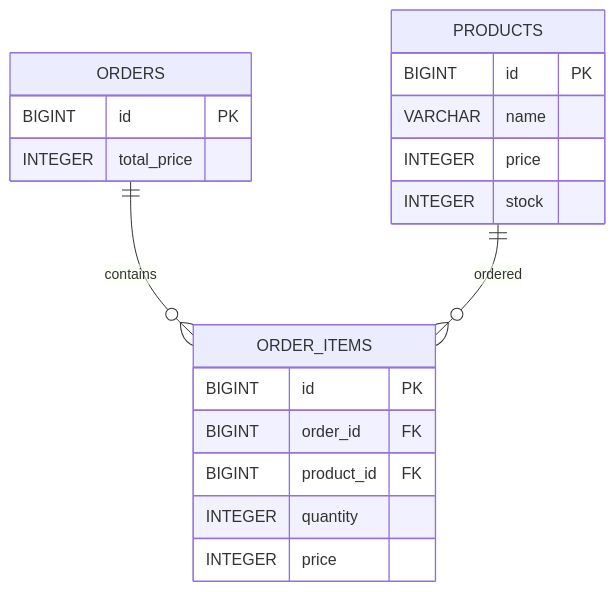
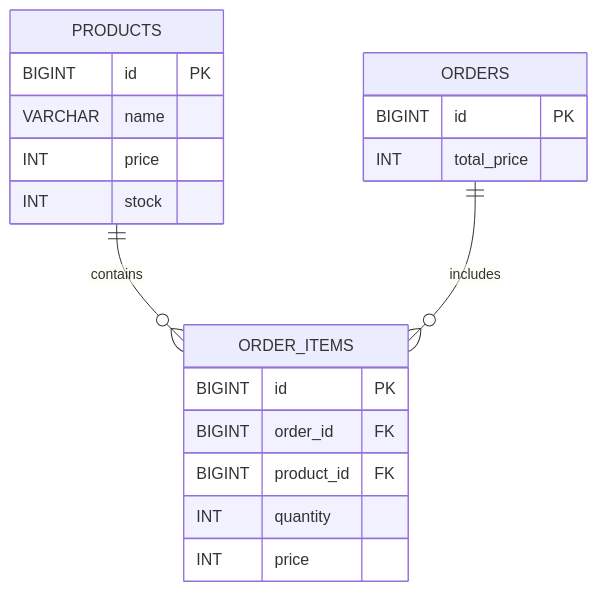
One commit to utl-flaxy/inventory-system changed the diagram in README.md. Above: the diagram before and after it, drawn with Mermaid. The commit also changed other lines of this file, not shown here.

````diff
--- a/README.md
+++ b/README.md
@@ -87,26 +71,26 @@
 ```mermaid
 erDiagram
+
+    PRODUCTS ||--o{ ORDER_ITEMS : contains
+    ORDERS ||--o{ ORDER_ITEMS : includes
 
     PRODUCTS {
         BIGINT id PK
         VARCHAR name
-        INTEGER price
-        INTEGER stock
+        INT price
+        INT stock
     }
 
     ORDERS {
         BIGINT id PK
-        INTEGER total_price
+        INT total_price
     }
 
     ORDER_ITEMS {
         BIGINT id PK
         BIGINT order_id FK
         BIGINT product_id FK
-        INTEGER quantity
-        INTEGER price
+        INT quantity
+        INT price
     }
-
-    ORDERS ||--o{ ORDER_ITEMS : contains
-    PRODUCTS ||--o{ ORDER_ITEMS : ordered
 ```
````
